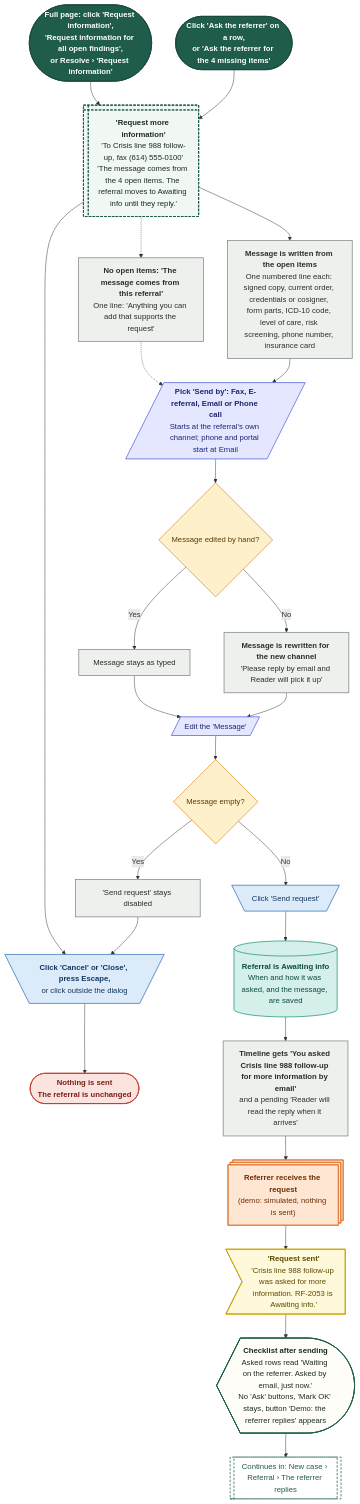
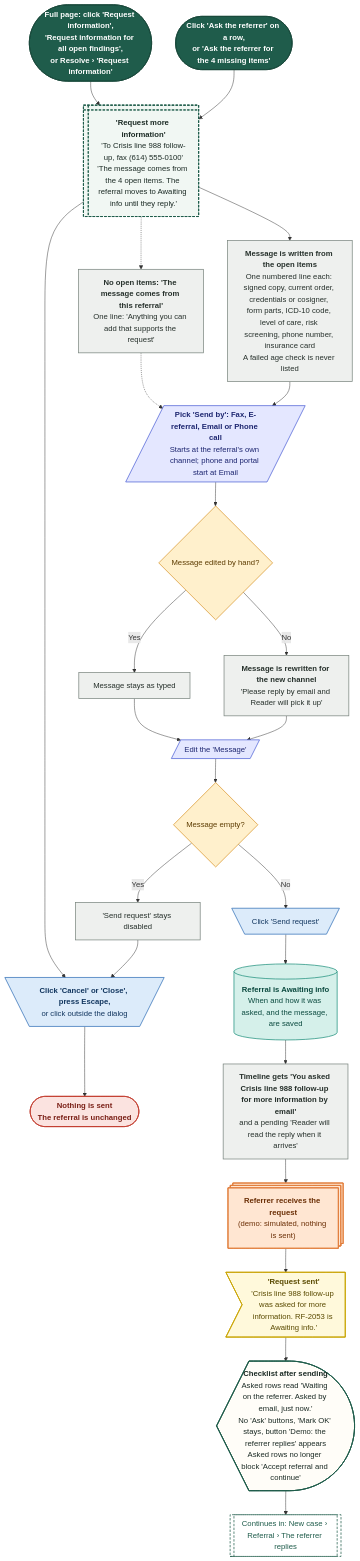
One commit to Shrav143/psyfloapp changed the fifth of 36 diagrams in demos/prior-auth-demo/workflows/out/md/04-new-case.md. Above: the diagram before and after it, drawn with Mermaid. The commit also changed other lines of this file and 195 other files, not shown here.

First line of the commit message:
docs: Rebuild workflow diagrams after the demo fixes (220 diagrams)

````diff
--- a/demos/prior-auth-demo/workflows/out/md/04-new-case.md
+++ b/demos/prior-auth-demo/workflows/out/md/04-new-case.md
@@ -383,65 +389,65 @@
 ```mermaid
 %%{init: {"theme":"base","themeVariables":{"fontFamily":"'DM Sans', 'Segoe UI', system-ui, sans-serif","fontSize":"15px","lineColor":"#5B6B63","primaryTextColor":"#1C2B25","clusterBkg":"#FBF8F3","clusterBorder":"#D9CDBB","edgeLabelBackground":"#FFFFFF"},"flowchart":{"curve":"basis","nodeSpacing":36,"rankSpacing":48,"padding":12,"htmlLabels":true,"useMaxWidth":false,"wrappingWidth":230}} }%%
 flowchart TD
   classDef k_start fill:#1F5C4B,stroke:#174638,color:#FFFFFF,stroke-width:1.5px,font-weight:600
   classDef k_end fill:#DDEFE3,stroke:#2E7D4F,color:#14502F,stroke-width:1.5px,font-weight:600
   classDef k_endx fill:#FBE3E0,stroke:#C0392B,color:#7A1F16,stroke-width:1.5px,font-weight:600
   classDef k_screen fill:#FFFDF8,stroke:#1F5C4B,color:#1C2B25,stroke-width:2px
   classDef k_overlay fill:#F1F7F3,stroke:#1F5C4B,color:#1C2B25,stroke-width:2px,stroke-dasharray:5 3
   classDef k_click fill:#DCEBFA,stroke:#2F6DB5,color:#12365F,stroke-width:1.5px
   classDef k_input fill:#E4E7FF,stroke:#4C5FD5,color:#1D2670,stroke-width:1.5px
   classDef k_process fill:#EEF0EE,stroke:#7A857F,color:#26302B,stroke-width:1.5px
   classDef k_agent fill:#EEE5FA,stroke:#7A4FC2,color:#341A63,stroke-width:1.5px
   classDef k_decision fill:#FFF0CC,stroke:#D9962B,color:#5C3B00,stroke-width:1.5px
   classDef k_store fill:#D5F0EA,stroke:#1C8E7B,color:#0B4A3F,stroke-width:1.5px
   classDef k_doc fill:#F6E9DC,stroke:#B07A4C,color:#4A2E14,stroke-width:1.5px
   classDef k_ext fill:#FFE6D2,stroke:#E07B39,color:#6B2F06,stroke-width:1.5px
   classDef k_wait fill:#E4E8EE,stroke:#6B7C93,color:#26303D,stroke-width:1.5px
   classDef k_toast fill:#FFF9DB,stroke:#C9A400,color:#5A4A00,stroke-width:1.5px
   classDef k_goto fill:#FFFFFF,stroke:#1F5C4B,color:#1F5C4B,stroke-width:1.5px,stroke-dasharray:5 3
   s1@{ shape: stadium, label: "<b>Click 'Ask the referrer' on a row,</b><br/>or 'Ask the referrer for the 4 missing items'" }
   s2@{ shape: stadium, label: "<b>Full page: click 'Request information',</b><br/>'Request information for all open findings',<br/>or Resolve › 'Request information'" }
   o1@{ shape: win-pane, label: "<b>'Request more information'</b><br/>'To Crisis line 988 follow-up, fax (614) 555-0100'<br/>'The message comes from the 4 open items. The referral moves to Awaiting info until they reply.'" }
-  p1@{ shape: rect, label: "<b>Message is written from the open items</b><br/>One numbered line each: signed copy, current order, credentials or cosigner, form parts, ICD-10 code, level of care, risk screening, phone number, insurance card" }
+  p1@{ shape: rect, label: "<b>Message is written from the open items</b><br/>One numbered line each: signed copy, current order, credentials or cosigner, form parts, ICD-10 code, level of care, risk screening, phone number, insurance card<br/>A failed age check is never listed" }
   p1b@{ shape: rect, label: "<b>No open items: 'The message comes from this referral'</b><br/>One line: 'Anything you can add that supports the request'" }
   i1@{ shape: lean-r, label: "<b>Pick 'Send by': Fax, E-referral, Email or Phone call</b><br/>Starts at the referral's own channel; phone and portal start at Email" }
   d1@{ shape: diam, label: "Message edited by hand?" }
   p2@{ shape: rect, label: "<b>Message is rewritten for the new channel</b><br/>'Please reply by email and Reader will pick it up'" }
   p3@{ shape: rect, label: "Message stays as typed" }
   i2@{ shape: lean-r, label: "Edit the 'Message'" }
   d2@{ shape: diam, label: "Message empty?" }
   p4@{ shape: rect, label: "'Send request' stays disabled" }
   cCancel@{ shape: trap-t, label: "<b>Click 'Cancel' or 'Close', press Escape,</b><br/>or click outside the dialog" }
   e1@{ shape: stadium, label: "<b>Nothing is sent</b><br/>The referral is unchanged" }
   cSend@{ shape: trap-t, label: "Click 'Send request'" }
   st1@{ shape: cyl, label: "<b>Referral is Awaiting info</b><br/>When and how it was asked, and the message, are saved" }
   p5@{ shape: rect, label: "<b>Timeline gets 'You asked Crisis line 988 follow-up for more information by email'</b><br/>and a pending 'Reader will read the reply when it arrives'" }
   x1@{ shape: st-rect, label: "<b>Referrer receives the request</b><br/>(demo: simulated, nothing is sent)" }
   t1@{ shape: odd, label: "<b>'Request sent'</b><br/>'Crisis line 988 follow-up was asked for more information. RF-2053 is Awaiting info.'" }
-  sc1@{ shape: curv-trap, label: "<b>Checklist after sending</b><br/>Asked rows read 'Waiting on the referrer. Asked by email, just now.'<br/>No 'Ask' buttons, 'Mark OK' stays, button 'Demo: the referrer replies' appears" }
+  sc1@{ shape: curv-trap, label: "<b>Checklist after sending</b><br/>Asked rows read 'Waiting on the referrer. Asked by email, just now.'<br/>No 'Ask' buttons, 'Mark OK' stays, button 'Demo: the referrer replies' appears<br/>Asked rows no longer block 'Accept referral and continue'" }
   g1@{ shape: subproc, label: "Continues in: New case › Referral › The referrer replies" }
   s1 --> o1
   s2 --> o1
   o1 --> p1 --> i1
   o1 -.-> p1b -.-> i1
   i1 --> d1
   d1 -->|"No"| p2 --> i2
   d1 -->|"Yes"| p3 --> i2
   i2 --> d2
   d2 -->|"Yes"| p4 --> cCancel
   d2 -->|"No"| cSend
   o1 --> cCancel --> e1
   cSend --> st1 --> p5 --> x1 --> t1 --> sc1 --> g1
   class s1,s2 k_start
   class o1 k_overlay
   class p1,p1b,p2,p3,p4,p5 k_process
   class i1,i2 k_input
   class d1,d2 k_decision
   class cCancel,cSend k_click
   class e1 k_endx
   class st1 k_store
   class x1 k_ext
   class t1 k_toast
   class sc1 k_screen
   class g1 k_goto
 ```
````
